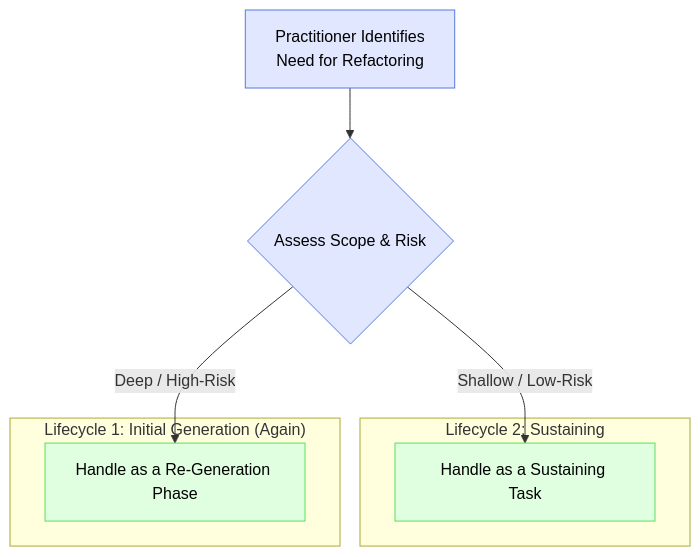
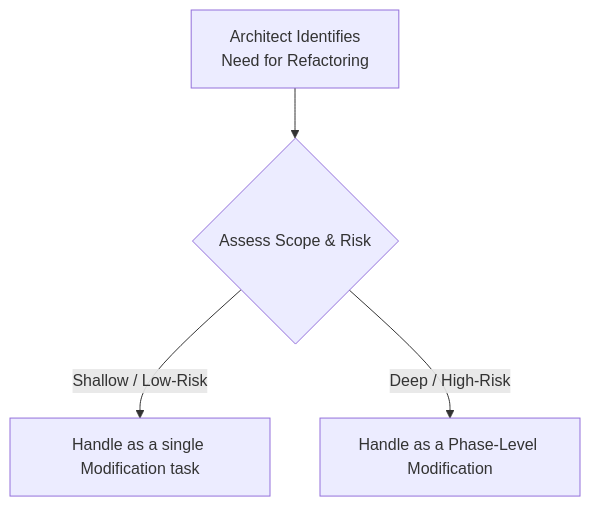
Before and after one commit to bahsim/idgl-dev-system: the diagram in 01-patterns/05-Pattern-Managed-Refactoring.md, drawn with Mermaid. The commit also changed other lines of this file and 27 other files, not shown here.

````diff
--- a/01-patterns/05-Pattern-Managed-Refactoring.md
+++ b/01-patterns/05-Pattern-Managed-Refactoring.md
@@ -14,20 +11,6 @@
 ```mermaid
 graph TD
-    A["Practitioner Identifies<br/>Need for Refactoring"] --> B{Assess Scope & Risk};
-    B -->|Shallow / Low-Risk| C["Handle as a Sustaining Task"];
-    B -->|Deep / High-Risk| D["Handle as a Re-Generation Phase"];
-
-    subgraph "Lifecycle 2: Sustaining"
-        C
-    end
-
-    subgraph "Lifecycle 1: Initial Generation (Again)"
-        D
-    end
-
-    classDef blue fill:#e0e7ff,stroke:#5a79e0,color:#000
-    classDef green fill:#e0ffe0,stroke:#5ae05a,color:#000
-    
-    class A,B blue
-    class C,D green
+    A["Architect Identifies<br/>Need for Refactoring"] --> B{Assess Scope & Risk};
+    B -->|Shallow / Low-Risk| C["Handle as a single Modification task"];
+    B -->|Deep / High-Risk| D["Handle as a Phase-Level Modification"];
 ```
````
